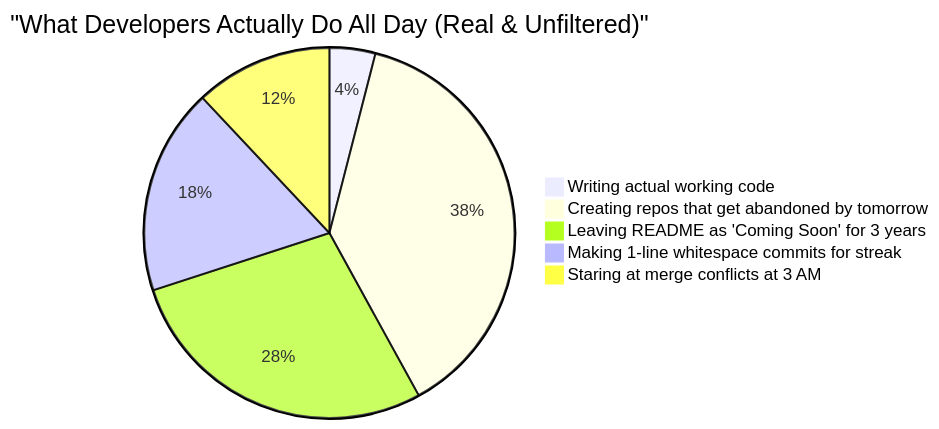
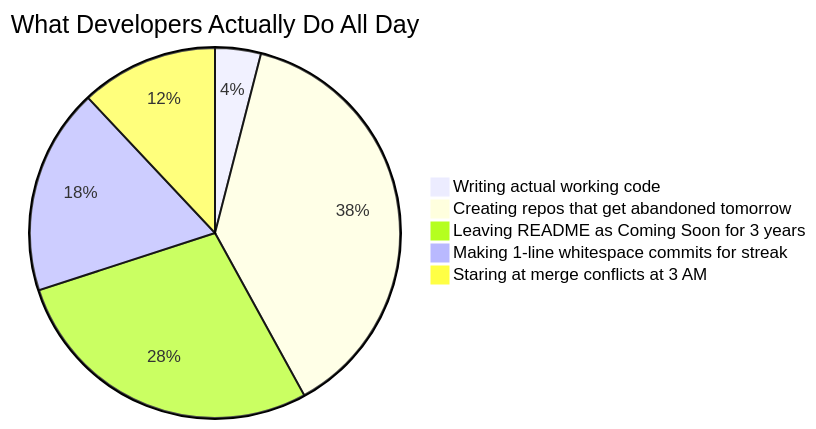
The first of 4 diagrams in README.md (MdKasif0/GitRoasted-Launch-Video), drawn with Mermaid before and after one commit. The commit also changed other lines of this file, not shown here.

Commit message:
fix(docs): resolve Mermaid lexical error in quadrantChart and flowchart

````diff
--- a/README.md
+++ b/README.md
@@ -11,8 +11,8 @@
 ```mermaid
-pie title "What Developers Actually Do All Day (Real & Unfiltered)"
+pie title What Developers Actually Do All Day
     "Writing actual working code" : 4
-    "Creating repos that get abandoned by tomorrow" : 38
-    "Leaving README as 'Coming Soon' for 3 years" : 28
+    "Creating repos that get abandoned tomorrow" : 38
+    "Leaving README as Coming Soon for 3 years" : 28
     "Making 1-line whitespace commits for streak" : 18
     "Staring at merge conflicts at 3 AM" : 12
 ```
````
